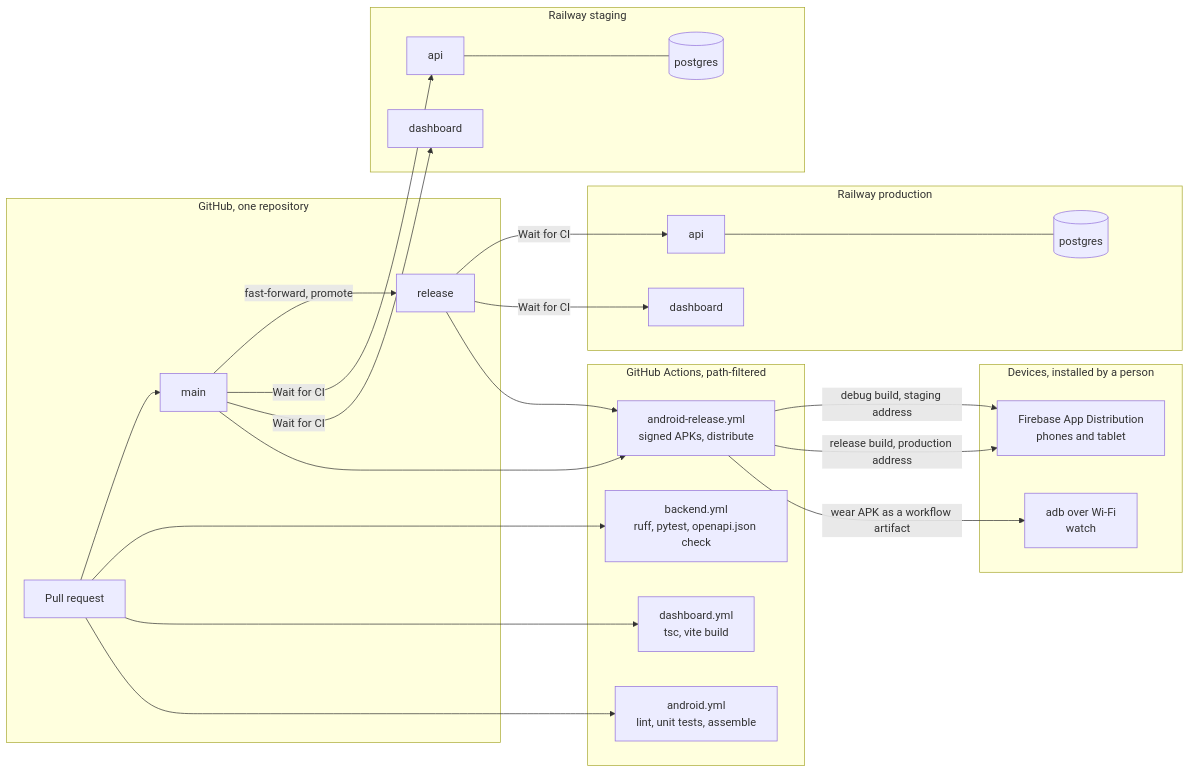
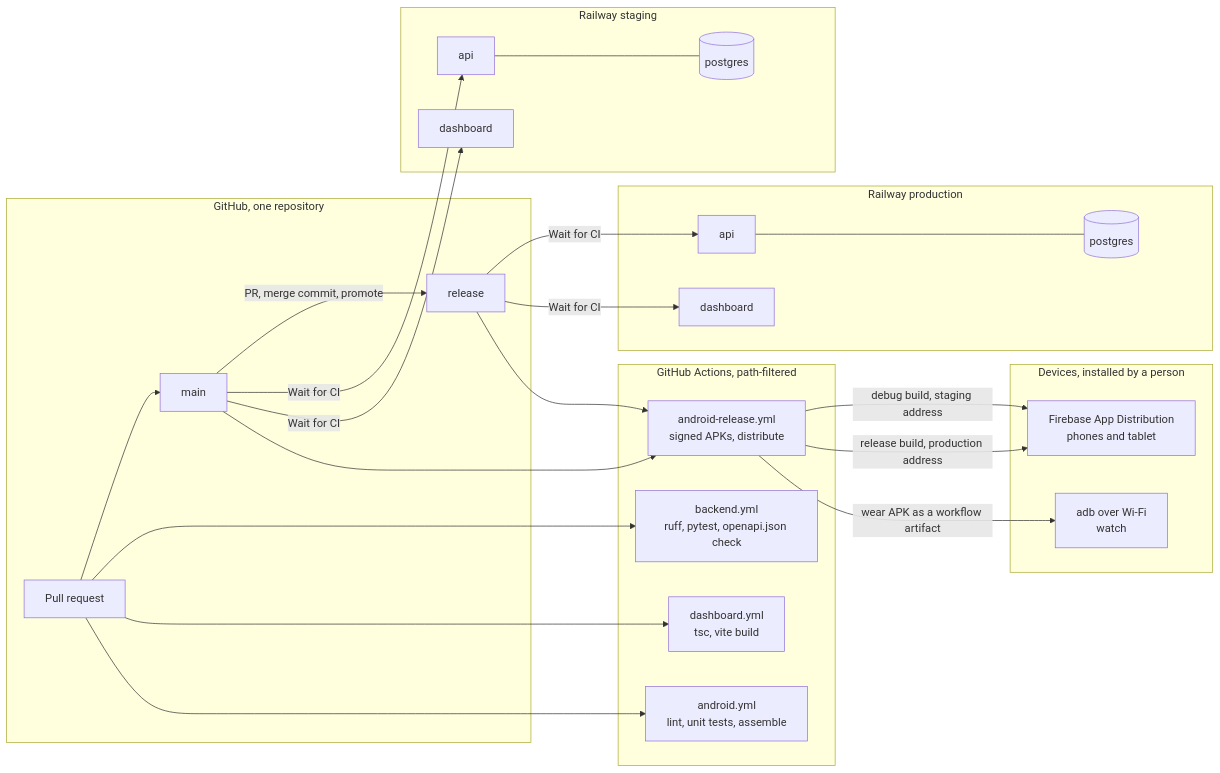
Before and after one commit to paulhondola/EchoCare: the third of 3 diagrams in docs/adr/ADR-001-monorepo-and-delivery.md, drawn with Mermaid. The commit also changed other lines of this file, not shown here.

Commit message:
Promote to release through a pull request in ADR-001

````diff
--- a/docs/adr/ADR-001-monorepo-and-delivery.md
+++ b/docs/adr/ADR-001-monorepo-and-delivery.md
@@ -530,42 +530,42 @@
 ```mermaid
 flowchart LR
     subgraph GIT["GitHub, one repository"]
         PR["Pull request"] --> MAIN["main"]
-        MAIN -->|"fast-forward, promote"| REL["release"]
+        MAIN -->|"PR, merge commit, promote"| REL["release"]
     end
 
     subgraph ACT["GitHub Actions, path-filtered"]
         BW["backend.yml<br/>ruff, pytest, openapi.json check"]
         DW["dashboard.yml<br/>tsc, vite build"]
         AW["android.yml<br/>lint, unit tests, assemble"]
         AR["android-release.yml<br/>signed APKs, distribute"]
     end
 
     subgraph STG["Railway staging"]
         SAPI["api"]
         SDB[("postgres")]
         SDASH["dashboard"]
     end
 
     subgraph PRD["Railway production"]
         PAPI["api"]
         PDB[("postgres")]
         PDASH["dashboard"]
     end
 
     subgraph DEV["Devices, installed by a person"]
         FAD["Firebase App Distribution<br/>phones and tablet"]
         ADB["adb over Wi-Fi<br/>watch"]
     end
 
     PR --> BW & DW & AW
     MAIN -->|"Wait for CI"| SAPI & SDASH
     REL -->|"Wait for CI"| PAPI & PDASH
     MAIN --> AR
     REL --> AR
     AR -->|"debug build, staging address"| FAD
     AR -->|"release build, production address"| FAD
     AR -->|"wear APK as a workflow artifact"| ADB
     SAPI --- SDB
     PAPI --- PDB
 ```
````
